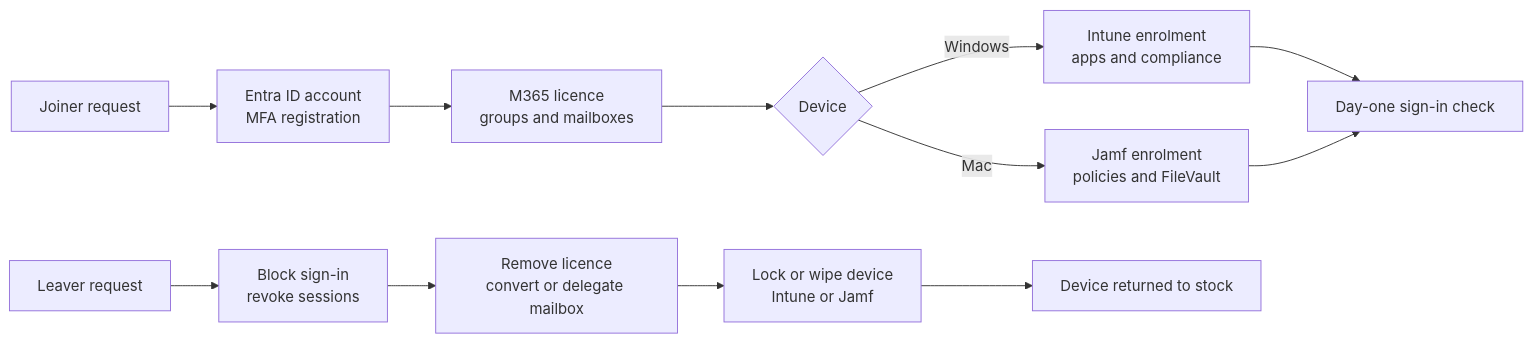
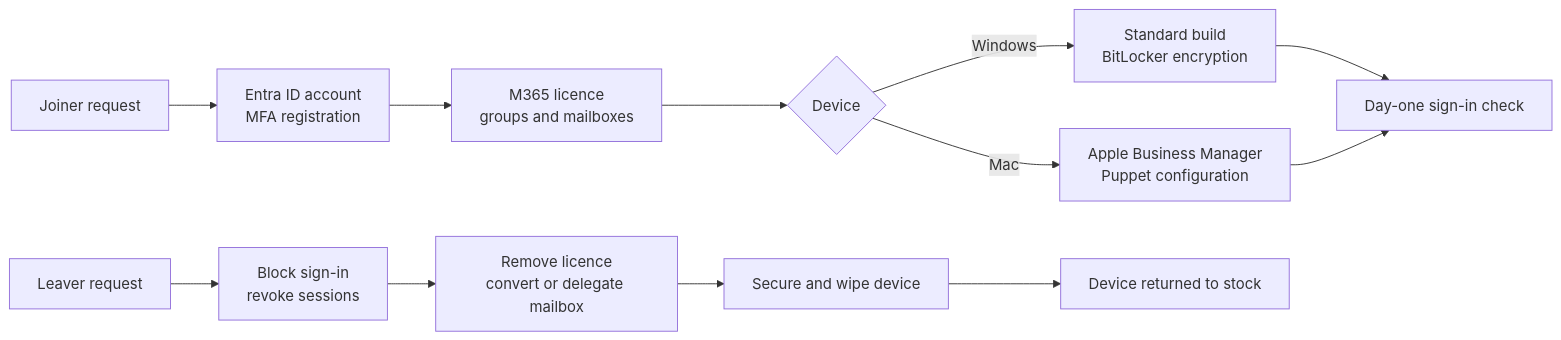
One commit to marcuspaula-seceng/it-infrastructure-operations-portfolio changed the diagram in projects/08-identity-endpoint-lifecycle/README.md. Above: the diagram before and after it, drawn with Mermaid. The commit also changed other lines of this file and 3 other files, not shown here.

Commit message:
Project 08: reflect the device tools used (Apple Business Manager, Puppet, BitLocker) and add Intune/Jamf tool mapping

````diff
--- a/projects/08-identity-endpoint-lifecycle/README.md
+++ b/projects/08-identity-endpoint-lifecycle/README.md
@@ -48,14 +54,14 @@
 ```mermaid
 flowchart LR
     A[Joiner request] --> B[Entra ID account<br/>MFA registration]
     B --> C[M365 licence<br/>groups and mailboxes]
     C --> D{Device}
-    D -->|Windows| E[Intune enrolment<br/>apps and compliance]
-    D -->|Mac| F[Jamf enrolment<br/>policies and FileVault]
+    D -->|Windows| E[Standard build<br/>BitLocker encryption]
+    D -->|Mac| F[Apple Business Manager<br/>Puppet configuration]
     E --> G[Day-one sign-in check]
     F --> G
     H[Leaver request] --> I[Block sign-in<br/>revoke sessions]
     I --> J[Remove licence<br/>convert or delegate mailbox]
-    J --> K[Lock or wipe device<br/>Intune or Jamf]
+    J --> K[Secure and wipe device]
     K --> L[Device returned to stock]
 ```
````
